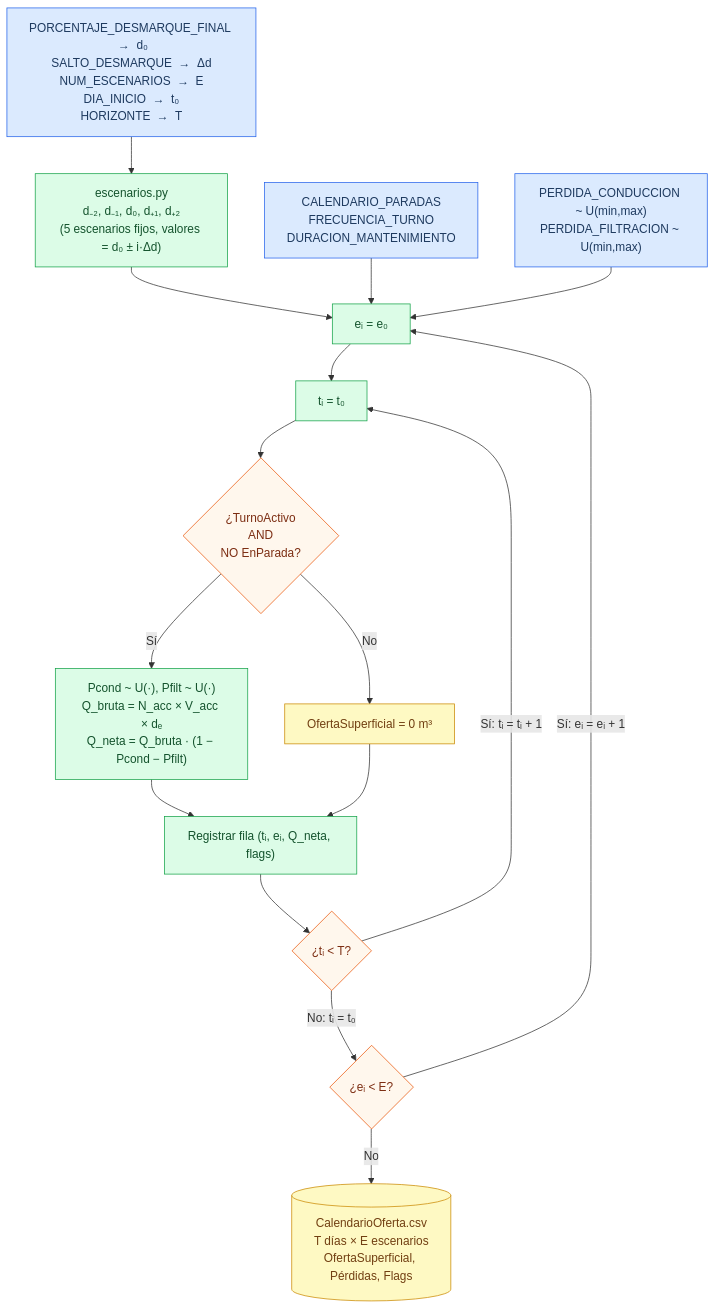
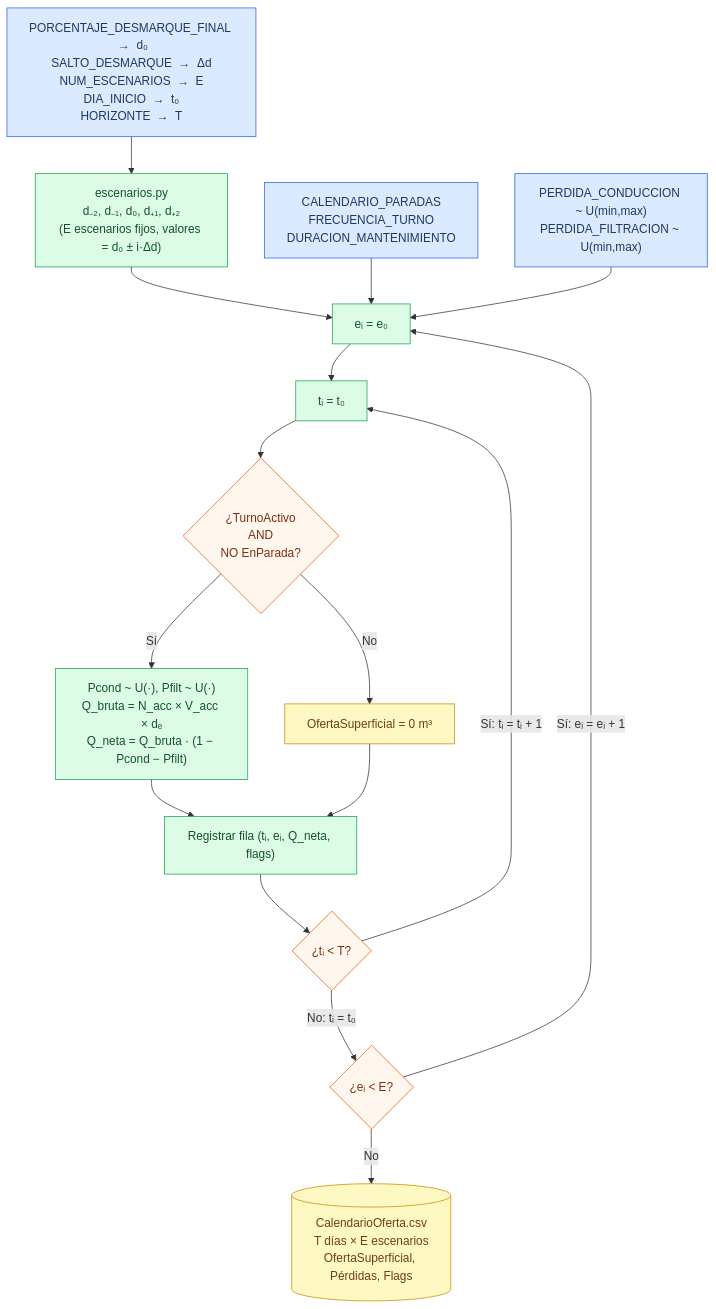
The second of 4 diagrams in README.md (toniesky/Simulaci-n-multiparadigma-cultivo), drawn with Mermaid before and after one commit. The commit also changed other lines of this file, not shown here.

Commit message:
docs: E escenarios en todo el doc + §4.7 formatos CSV de entrada módulo 2

````diff
--- a/README.md
+++ b/README.md
@@ -102,33 +102,33 @@
 ```mermaid
 flowchart TD
     classDef param fill:#dbeafe,stroke:#2563eb,color:#1e3a5f
     classDef proc  fill:#dcfce7,stroke:#16a34a,color:#14532d
     classDef out   fill:#fef9c3,stroke:#ca8a04,color:#713f12
     classDef dec   fill:#fff7ed,stroke:#ea580c,color:#7c2d12
 
     D0["PORCENTAJE_DESMARQUE_FINAL  →  d₀\nSALTO_DESMARQUE  →  Δd\nNUM_ESCENARIOS  →  E\nDIA_INICIO  →  t₀\nHORIZONTE  →  T"]:::param
     PL["PERDIDA_CONDUCCION ~ U(min,max)\nPERDIDA_FILTRACION ~ U(min,max)"]:::param
     CA["CALENDARIO_PARADAS\nFRECUENCIA_TURNO\nDURACION_MANTENIMIENTO"]:::param
 
-    D0 --> ESC["escenarios.py\nd₋₂, d₋₁, d₀, d₊₁, d₊₂\n(5 escenarios fijos, valores = d₀ ± i·Δd)"]:::proc
+    D0 --> ESC["escenarios.py\nd₋₂, d₋₁, d₀, d₊₁, d₊₂\n(E escenarios fijos, valores = d₀ ± i·Δd)"]:::proc
 
     ESC --> ESCLOOP["eᵢ = e₀"]:::proc
     CA  --> ESCLOOP
     PL  --> ESCLOOP
 
     ESCLOOP --> LOOP["tᵢ = t₀"]:::proc
 
     LOOP --> T{"¿TurnoActivo\nAND\nNO EnParada?"}:::dec
     T -->|"No"| Z["OfertaSuperficial = 0 m³"]:::out
     T -->|"Sí"| Q["Pcond ~ U(·), Pfilt ~ U(·)\nQ_bruta = N_acc × V_acc × dₑ\nQ_neta = Q_bruta · (1 − Pcond − Pfilt)"]:::proc
     Q  --> REC["Registrar fila (tᵢ, eᵢ, Q_neta, flags)"]:::proc
     Z  --> REC
 
     REC --> NEXTD{"¿tᵢ < T?"}:::dec
     NEXTD -->|"Sí: tᵢ = tᵢ + 1"| LOOP
     NEXTD -->|"No: tᵢ = t₀"| NEXTE{"¿eᵢ < E?"}:::dec
     NEXTE -->|"Sí: eᵢ = eᵢ + 1"| ESCLOOP
     NEXTE -->|"No"| CO
 
     CO[("CalendarioOferta.csv\nT días × E escenarios\nOfertaSuperficial, Pérdidas, Flags")]:::out
 ```
````
